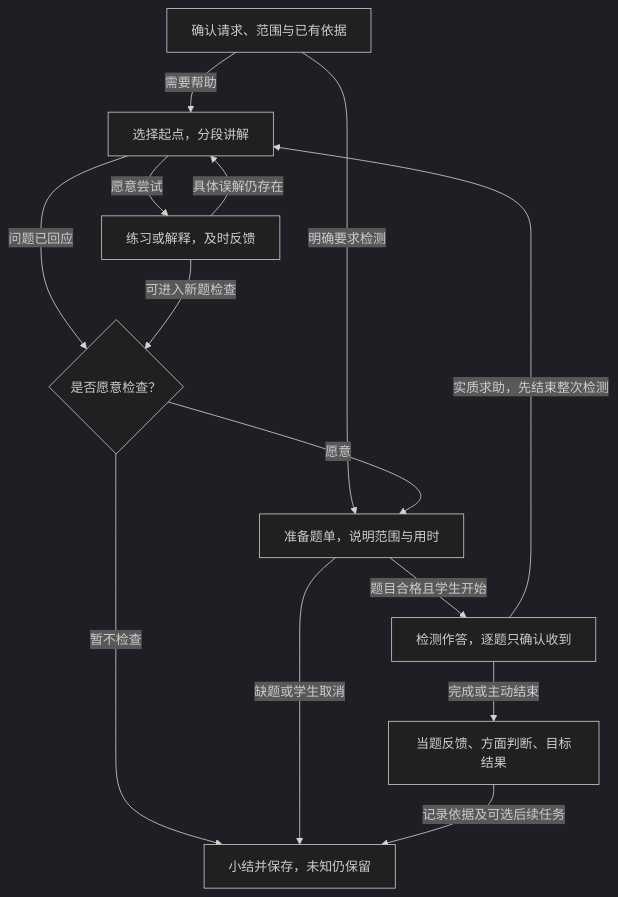
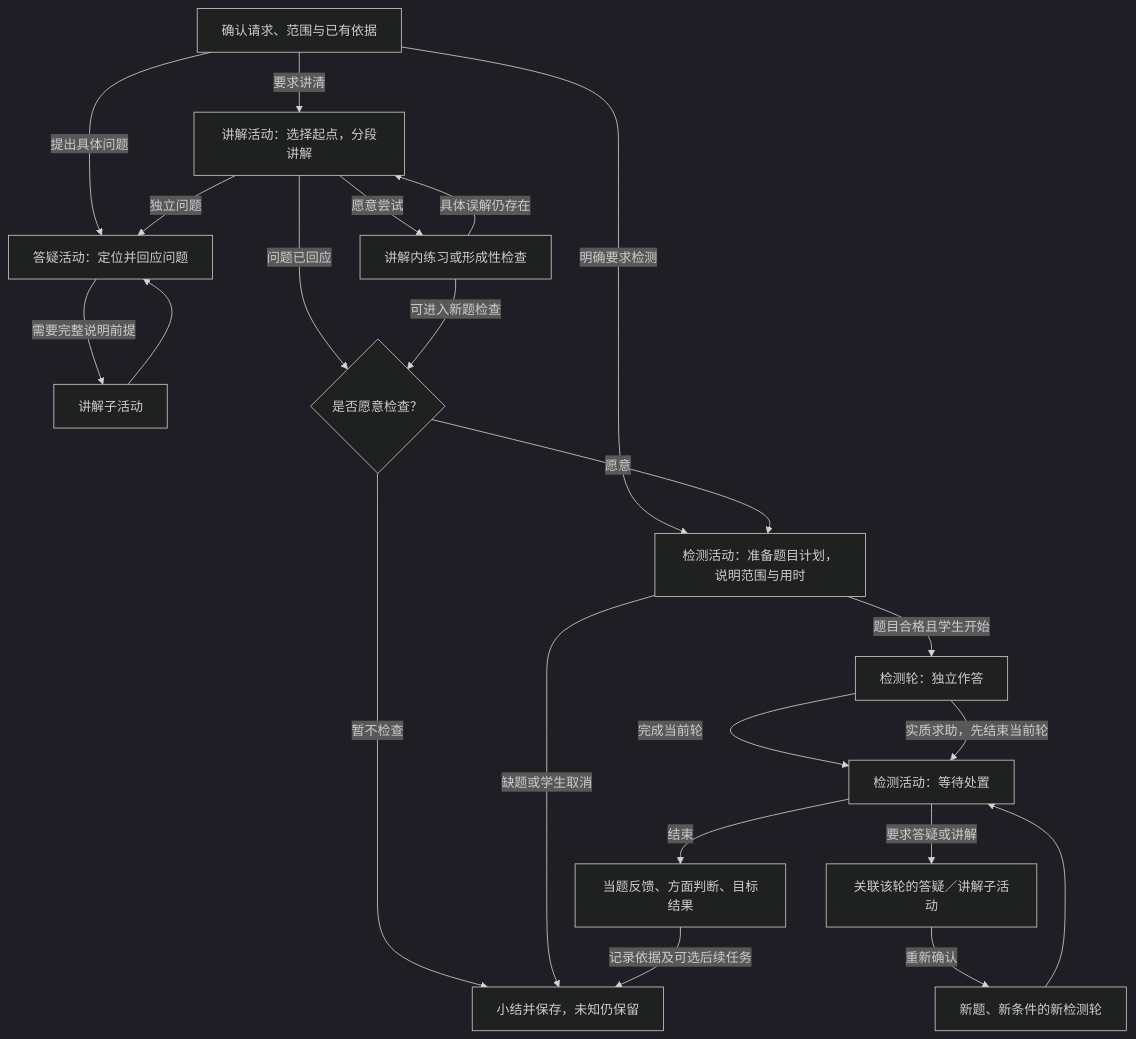
One commit to ivgotcrazy/deermind changed the diagram in doc/mvp/m1/design/Content_and_Model_Reference.md. Above: the diagram before and after it, drawn with Mermaid (dark theme). The commit also changed other lines of this file and 15 other files, not shown here.

````diff
--- a/doc/mvp/m1/design/Content_and_Model_Reference.md
+++ b/doc/mvp/m1/design/Content_and_Model_Reference.md
@@ -274,16 +275,24 @@
 ```mermaid
 flowchart TB
-    A["确认请求、范围与已有依据"] -->|"需要帮助"| B["选择起点，分段讲解"]
-    A -->|"明确要求检测"| E["准备题单，说明范围与用时"]
-    B -->|"愿意尝试"| C["练习或解释，及时反馈"]
+    A["确认请求、范围与已有依据"] -->|"要求讲清"| B["讲解活动：选择起点，分段讲解"]
+    A -->|"明确要求检测"| E["检测活动：准备题目计划，说明范围与用时"]
+    A -->|"提出具体问题"| Q["答疑活动：定位并回应问题"]
+    B -->|"愿意尝试"| C["讲解内练习或形成性检查"]
     C -->|"具体误解仍存在"| B
+    B -->|"独立问题"| Q
+    Q -->|"需要完整说明前提"| B2["讲解子活动"]
+    B2 --> Q
     B -->|"问题已回应"| D{"是否愿意检查？"}
     C -->|"可进入新题检查"| D
     D -->|"愿意"| E
     D -->|"暂不检查"| Z["小结并保存，未知仍保留"]
-    E -->|"题目合格且学生开始"| F["检测作答，逐题只确认收到"]
+    E -->|"题目合格且学生开始"| F["检测轮：独立作答"]
     E -->|"缺题或学生取消"| Z
-    F -->|"完成或主动结束"| G["当题反馈、方面判断、目标结果"]
-    F -->|"实质求助，先结束整次检测"| B
+    F -->|"完成当前轮"| W["检测活动：等待处置"]
+    F -->|"实质求助，先结束当前轮"| W
+    W -->|"要求答疑或讲解"| Q2["关联该轮的答疑／讲解子活动"]
+    Q2 -->|"重新确认"| N["新题、新条件的新检测轮"]
+    N --> W
+    W -->|"结束"| G["当题反馈、方面判断、目标结果"]
     G -->|"记录依据及可选后续任务"| Z
 ```
````
